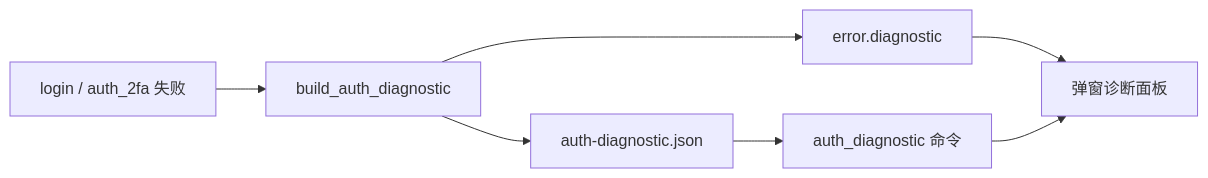
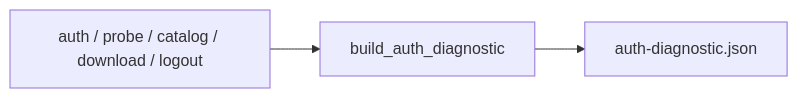
The seventh of 7 diagrams in apps/admin/src/components/IcloudSyncAuthModal/loginFlow.md (cz6c/ll-admin), drawn with Mermaid before and after one commit. The commit also changed other lines of this file and 13 other files, not shown here.

````diff
--- a/apps/admin/src/components/IcloudSyncAuthModal/loginFlow.md
+++ b/apps/admin/src/components/IcloudSyncAuthModal/loginFlow.md
@@ -329,9 +305,5 @@
 ```mermaid
 flowchart LR
-  Fail["login / auth_2fa 失败"] --> Build["build_auth_diagnostic"]
+  Node["auth / probe / catalog / download / logout"] --> Build["build_auth_diagnostic"]
   Build --> Disk["auth-diagnostic.json"]
-  Build --> Event["error.diagnostic"]
-  Event --> UI["弹窗诊断面板"]
-  Disk --> Cmd["auth_diagnostic 命令"]
-  Cmd --> UI
 ```
````
